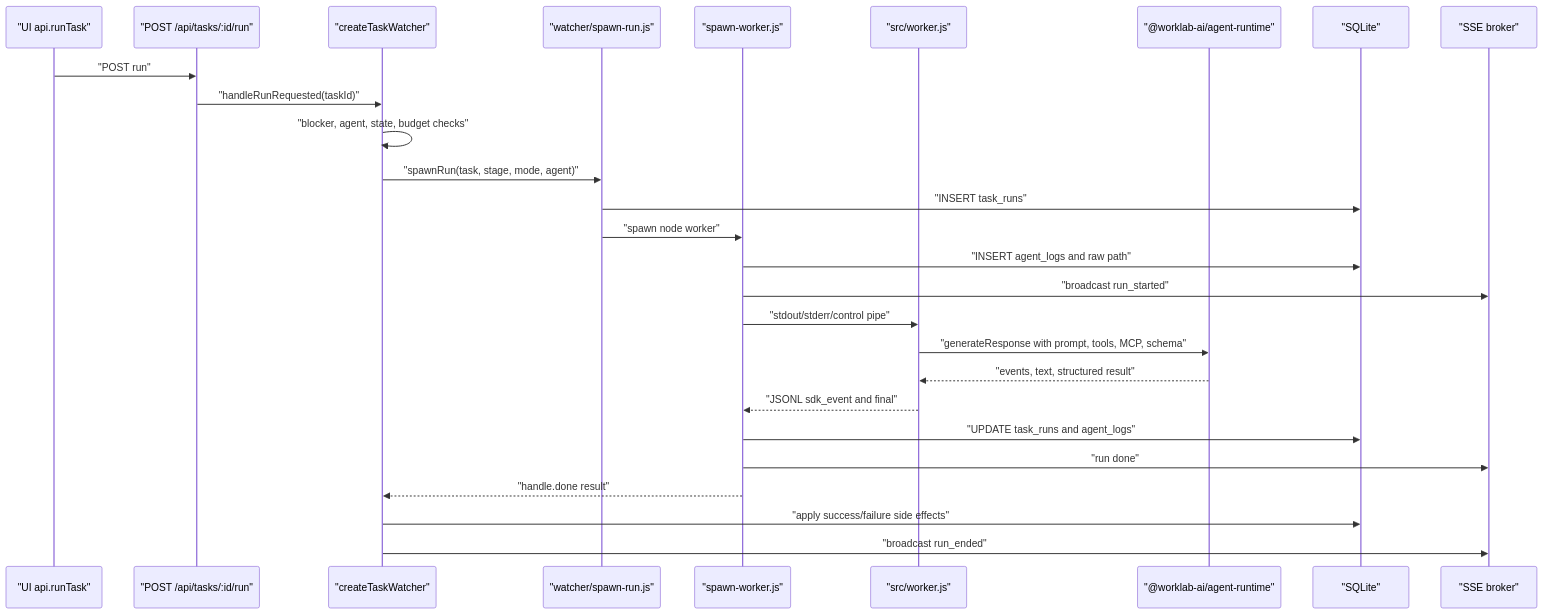
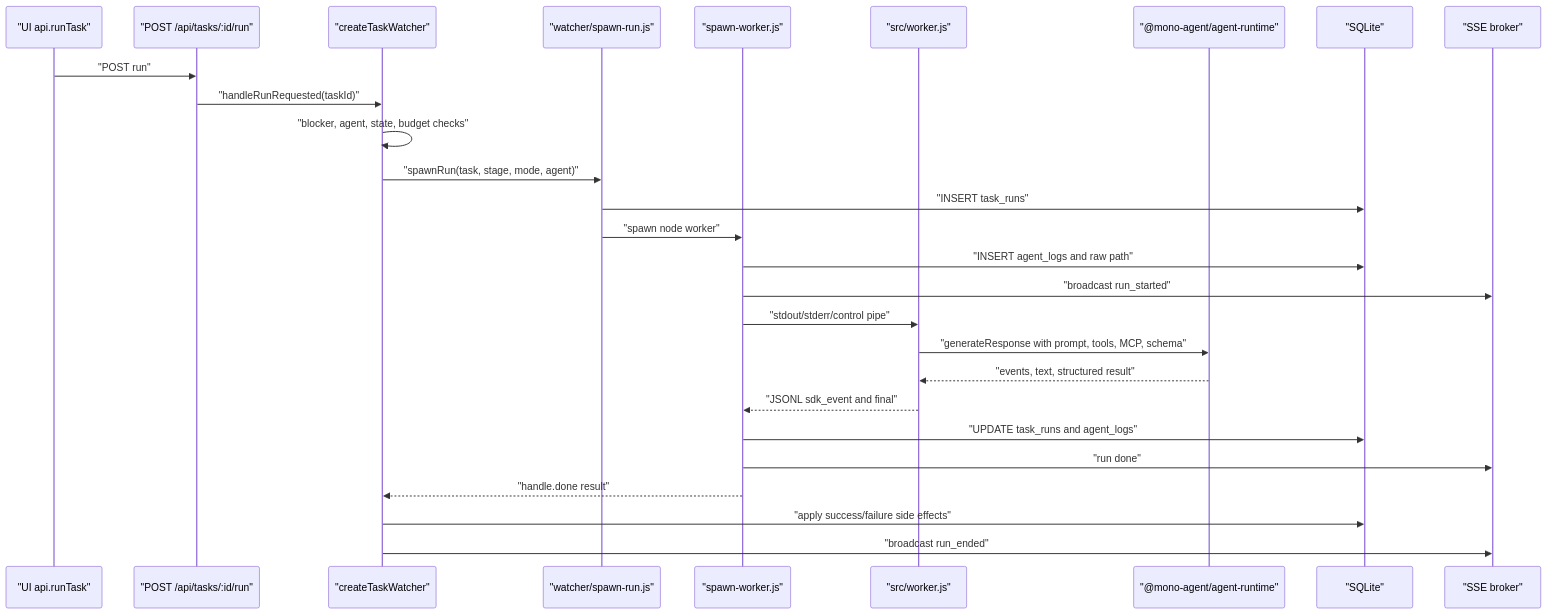
The seventh of 11 diagrams in docs/ARCHITECTURE.md (robertsreberski/worklab), drawn with Mermaid before and after one commit. The commit also changed other lines of this file and 135 other files, not shown here.

First line of the commit message:
Consume @mono-agent/agent-runtime (#4)

````diff
--- a/docs/ARCHITECTURE.md
+++ b/docs/ARCHITECTURE.md
@@ -482,30 +482,30 @@
 ```mermaid
 sequenceDiagram
   participant UI as "UI api.runTask"
   participant Route as "POST /api/tasks/:id/run"
   participant Watcher as "createTaskWatcher"
   participant SpawnRun as "watcher/spawn-run.js"
   participant SpawnWorker as "spawn-worker.js"
   participant Worker as "src/worker.js"
-  participant Runtime as "@worklab-ai/agent-runtime"
+  participant Runtime as "@mono-agent/agent-runtime"
   participant DB as "SQLite"
   participant SSE as "SSE broker"
 
   UI->>Route: "POST run"
   Route->>Watcher: "handleRunRequested(taskId)"
   Watcher->>Watcher: "blocker, agent, state, budget checks"
   Watcher->>SpawnRun: "spawnRun(task, stage, mode, agent)"
   SpawnRun->>DB: "INSERT task_runs"
   SpawnRun->>SpawnWorker: "spawn node worker"
   SpawnWorker->>DB: "INSERT agent_logs and raw path"
   SpawnWorker->>SSE: "broadcast run_started"
   SpawnWorker->>Worker: "stdout/stderr/control pipe"
   Worker->>Runtime: "generateResponse with prompt, tools, MCP, schema"
   Runtime-->>Worker: "events, text, structured result"
   Worker-->>SpawnWorker: "JSONL sdk_event and final"
   SpawnWorker->>DB: "UPDATE task_runs and agent_logs"
   SpawnWorker->>SSE: "run done"
   SpawnWorker-->>Watcher: "handle.done result"
   Watcher->>DB: "apply success/failure side effects"
   Watcher->>SSE: "broadcast run_ended"
 ```
````
